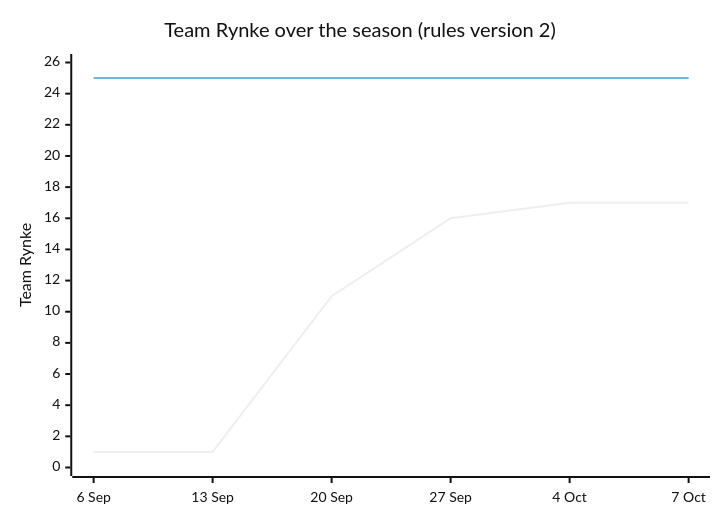
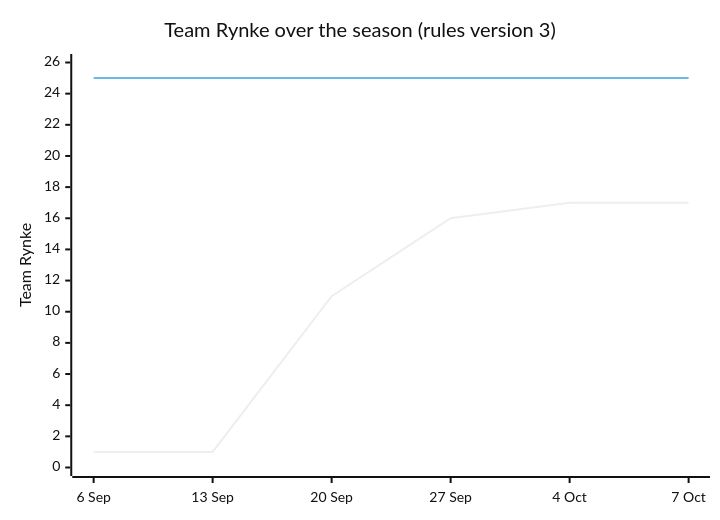
The ninth of 9 diagrams in specs/009-rider-progress-charts/spec.md (SaSteffen/RynkePoints), drawn with Mermaid (neutral theme) before and after one commit. The commit also changed other lines of this file, not shown here.

Commit message:
docs(009): bring the progress charts spec up to date with features 011-020

````diff
--- a/specs/009-rider-progress-charts/spec.md
+++ b/specs/009-rider-progress-charts/spec.md
@@ -741,8 +813,8 @@
 ```mermaid
 xychart-beta
-    title "Team Rynke over the season (rules version 2)"
+    title "Team Rynke over the season (rules version 3)"
     x-axis ["6 Sep", "13 Sep", "20 Sep", "27 Sep", "4 Oct", "7 Oct"]
     y-axis "Team Rynke" 0 --> 26
     line [1, 1, 11, 16, 17, 17]
     line [25, 25, 25, 25, 25, 25]
 ```
````
